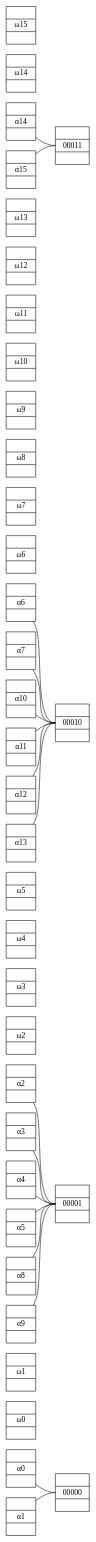
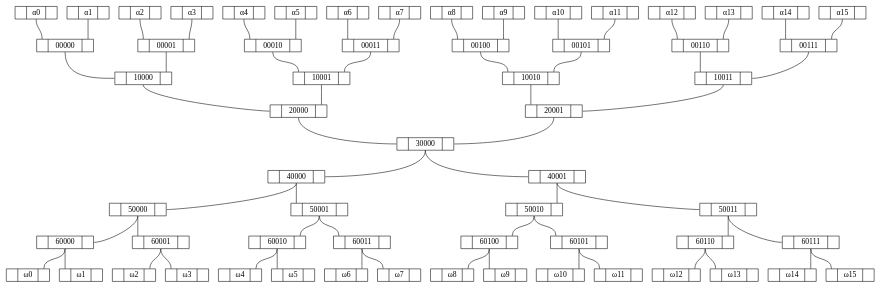
Before and after one commit to grootstebozewolf/networks: the diagram in 16 binairy tree general.gv, drawn with Graphviz. The commit also changed 6 other files, not shown here.

```diff
--- a/16 binairy tree general.gv
+++ b/16 binairy tree general.gv
@@ -1,60 +1,125 @@
-graph "strict" {
-	graph [rankdir=LR]
+graph "16 binairy tree general" {
 	node [height=.1 shape=record]
 	"α0000" [label="<f0> |<f1> α0|<f2>"]
+	"α0000":f1 -- 00000:f0
+	"α0001" [label="<f0> |<f1> α1|<f2>"]
+	"α0001":f1 -- 00000:f2
+	"α0010" [label="<f0> |<f1> α2|<f2>"]
+	"α0010":f1 -- 00001:f0
+	"α0011" [label="<f0> |<f1> α3|<f2>"]
+	"α0011":f1 -- 00001:f2
+	"α0100" [label="<f0> |<f1> α4|<f2>"]
+	"α0100":f1 -- 00010:f0
+	"α0101" [label="<f0> |<f1> α5|<f2>"]
+	"α0101":f1 -- 00010:f2
+	"α0110" [label="<f0> |<f1> α6|<f2>"]
+	"α0110":f1 -- 00011:f0
+	"α0111" [label="<f0> |<f1> α7|<f2>"]
+	"α0111":f1 -- 00011:f2
+	"α1000" [label="<f0> |<f1> α8|<f2>"]
+	"α1000":f1 -- 00100:f0
+	"α1001" [label="<f0> |<f1> α9|<f2>"]
+	"α1001":f1 -- 00100:f2
+	"α1010" [label="<f0> |<f1> α10|<f2>"]
+	"α1010":f1 -- 00101:f0
+	"α1011" [label="<f0> |<f1> α11|<f2>"]
+	"α1011":f1 -- 00101:f2
+	"α1100" [label="<f0> |<f1> α12|<f2>"]
+	"α1100":f1 -- 00110:f0
+	"α1101" [label="<f0> |<f1> α13|<f2>"]
+	"α1101":f1 -- 00110:f2
+	"α1110" [label="<f0> |<f1> α14|<f2>"]
+	"α1110":f1 -- 00111:f0
+	"α1111" [label="<f0> |<f1> α15|<f2>"]
+	"α1111":f1 -- 00111:f2
 	"ω0000" [label="<f0> |<f1> ω0|<f2>"]
-	"α0001" [label="<f0> |<f1> α1|<f2>"]
 	"ω0001" [label="<f0> |<f1> ω1|<f2>"]
-	"α0010" [label="<f0> |<f1> α2|<f2>"]
 	"ω0010" [label="<f0> |<f1> ω2|<f2>"]
-	"α0011" [label="<f0> |<f1> α3|<f2>"]
 	"ω0011" [label="<f0> |<f1> ω3|<f2>"]
-	"α0100" [label="<f0> |<f1> α4|<f2>"]
 	"ω0100" [label="<f0> |<f1> ω4|<f2>"]
-	"α0101" [label="<f0> |<f1> α5|<f2>"]
 	"ω0101" [label="<f0> |<f1> ω5|<f2>"]
-	"α0110" [label="<f0> |<f1> α6|<f2>"]
 	"ω0110" [label="<f0> |<f1> ω6|<f2>"]
-	"α0111" [label="<f0> |<f1> α7|<f2>"]
 	"ω0111" [label="<f0> |<f1> ω7|<f2>"]
-	"α1000" [label="<f0> |<f1> α8|<f2>"]
 	"ω1000" [label="<f0> |<f1> ω8|<f2>"]
-	"α1001" [label="<f0> |<f1> α9|<f2>"]
 	"ω1001" [label="<f0> |<f1> ω9|<f2>"]
-	"α1010" [label="<f0> |<f1> α10|<f2>"]
 	"ω1010" [label="<f0> |<f1> ω10|<f2>"]
-	"α1011" [label="<f0> |<f1> α11|<f2>"]
 	"ω1011" [label="<f0> |<f1> ω11|<f2>"]
-	"α1100" [label="<f0> |<f1> α12|<f2>"]
 	"ω1100" [label="<f0> |<f1> ω12|<f2>"]
-	"α1101" [label="<f0> |<f1> α13|<f2>"]
 	"ω1101" [label="<f0> |<f1> ω13|<f2>"]
-	"α1110" [label="<f0> |<f1> α14|<f2>"]
 	"ω1110" [label="<f0> |<f1> ω14|<f2>"]
-	"α1111" [label="<f0> |<f1> α15|<f2>"]
 	"ω1111" [label="<f0> |<f1> ω15|<f2>"]
 	00000 [label="<f0> |<f1> 00000|<f2>"]
-	"α0000" -- 00000:f1
-	"α0001" -- 00000:f1
+	00000:f1 -- 10000:f0
 	00001 [label="<f0> |<f1> 00001|<f2>"]
-	"α0010" -- 00001:f1
-	"α0011" -- 00001:f1
-	00001 [label="<f0> |<f1> 00001|<f2>"]
-	"α0100" -- 00001:f1
-	"α0101" -- 00001:f1
+	00001:f1 -- 10000:f2
 	00010 [label="<f0> |<f1> 00010|<f2>"]
-	"α0110" -- 00010:f1
-	"α0111" -- 00010:f1
-	00001 [label="<f0> |<f1> 00001|<f2>"]
-	"α1000" -- 00001:f1
-	"α1001" -- 00001:f1
-	00010 [label="<f0> |<f1> 00010|<f2>"]
-	"α1010" -- 00010:f1
-	"α1011" -- 00010:f1
-	00010 [label="<f0> |<f1> 00010|<f2>"]
-	"α1100" -- 00010:f1
-	"α1101" -- 00010:f1
+	00010:f1 -- 10001:f0
 	00011 [label="<f0> |<f1> 00011|<f2>"]
-	"α1110" -- 00011:f1
-	"α1111" -- 00011:f1
+	00011:f1 -- 10001:f2
+	00100 [label="<f0> |<f1> 00100|<f2>"]
+	00100:f1 -- 10010:f0
+	00101 [label="<f0> |<f1> 00101|<f2>"]
+	00101:f1 -- 10010:f2
+	00110 [label="<f0> |<f1> 00110|<f2>"]
+	00110:f1 -- 10011:f0
+	00111 [label="<f0> |<f1> 00111|<f2>"]
+	00111:f1 -- 10011:f2
+	60000 [label="<f0> |<f1> 60000|<f2>"]
+	60000:f1 -- "ω0000":f2
+	60000:f1 -- "ω0001":f0
+	60001 [label="<f0> |<f1> 60001|<f2>"]
+	60001:f1 -- "ω0010":f2
+	60001:f1 -- "ω0011":f0
+	60010 [label="<f0> |<f1> 60010|<f2>"]
+	60010:f1 -- "ω0100":f2
+	60010:f1 -- "ω0101":f0
+	60011 [label="<f0> |<f1> 60011|<f2>"]
+	60011:f1 -- "ω0110":f2
+	60011:f1 -- "ω0111":f0
+	60100 [label="<f0> |<f1> 60100|<f2>"]
+	60100:f1 -- "ω1000":f2
+	60100:f1 -- "ω1001":f0
+	60101 [label="<f0> |<f1> 60101|<f2>"]
+	60101:f1 -- "ω1010":f2
+	60101:f1 -- "ω1011":f0
+	60110 [label="<f0> |<f1> 60110|<f2>"]
+	60110:f1 -- "ω1100":f2
+	60110:f1 -- "ω1101":f0
+	60111 [label="<f0> |<f1> 60111|<f2>"]
+	60111:f1 -- "ω1110":f2
+	60111:f1 -- "ω1111":f0
+	10000 [label="<f0> |<f1> 10000|<f2>"]
+	10000:f1 -- 20000:f0
+	10001 [label="<f0> |<f1> 10001|<f2>"]
+	10001:f1 -- 20000:f2
+	10010 [label="<f0> |<f1> 10010|<f2>"]
+	10010:f1 -- 20001:f0
+	10011 [label="<f0> |<f1> 10011|<f2>"]
+	10011:f1 -- 20001:f2
+	50000 [label="<f0> |<f1> 50000|<f2>"]
+	50000:f1 -- 60000:f2
+	50000:f1 -- 60001:f0
+	50001 [label="<f0> |<f1> 50001|<f2>"]
+	50001:f1 -- 60010:f2
+	50001:f1 -- 60011:f0
+	50010 [label="<f0> |<f1> 50010|<f2>"]
+	50010:f1 -- 60100:f2
+	50010:f1 -- 60101:f0
+	50011 [label="<f0> |<f1> 50011|<f2>"]
+	50011:f1 -- 60110:f2
+	50011:f1 -- 60111:f0
+	20000 [label="<f0> |<f1> 20000|<f2>"]
+	20000:f1 -- 30000:f0
+	20001 [label="<f0> |<f1> 20001|<f2>"]
+	20001:f1 -- 30000:f2
+	40000 [label="<f0> |<f1> 40000|<f2>"]
+	40000:f1 -- 50000:f2
+	40000:f1 -- 50001:f0
+	40001 [label="<f0> |<f1> 40001|<f2>"]
+	40001:f1 -- 50010:f2
+	40001:f1 -- 50011:f0
+	30000 [label="<f0> |<f1> 30000|<f2>"]
+	30000 [label="<f0> |<f1> 30000|<f2>"]
+	30000:f1 -- 40000:f2
+	30000:f1 -- 40001:f0
 }
```
